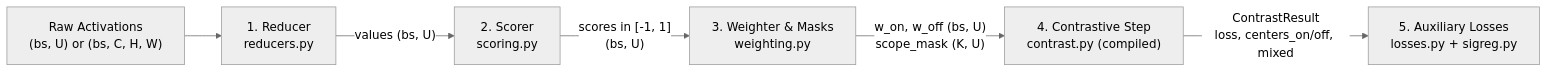
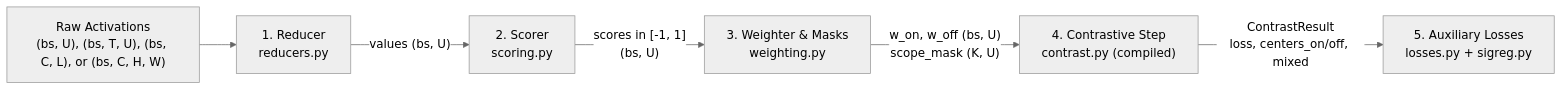
One commit to cesare-montresor/PositronixLab changed the diagram in docs/spacemath/SPACEMATH_SYSTEM.md. Above: the diagram before and after it, drawn with Mermaid (neutral theme). The commit also changed other lines of this file and 95 other files, not shown here.

````diff
--- a/docs/spacemath/SPACEMATH_SYSTEM.md
+++ b/docs/spacemath/SPACEMATH_SYSTEM.md
@@ -13,8 +13,8 @@
 ```mermaid
 flowchart LR
-    A["Raw Activations<br/>(bs, U) or (bs, C, H, W)"] --> R["1. Reducer<br/>reducers.py"]
+    A["Raw Activations<br/>(bs, U), (bs, T, U), (bs, C, L), or (bs, C, H, W)"] --> R["1. Reducer<br/>reducers.py"]
     R -->|"values (bs, U)"| S["2. Scorer<br/>scoring.py"]
     S -->|"scores in [-1, 1]<br/>(bs, U)"| W["3. Weighter & Masks<br/>weighting.py"]
     W -->|"w_on, w_off (bs, U)<br/>scope_mask (K, U)"| C["4. Contrastive Step<br/>contrast.py (compiled)"]
     C -->|"ContrastResult<br/>loss, centers_on/off, mixed"| L["5. Auxiliary Losses<br/>losses.py + sigreg.py"]
 ```
````
